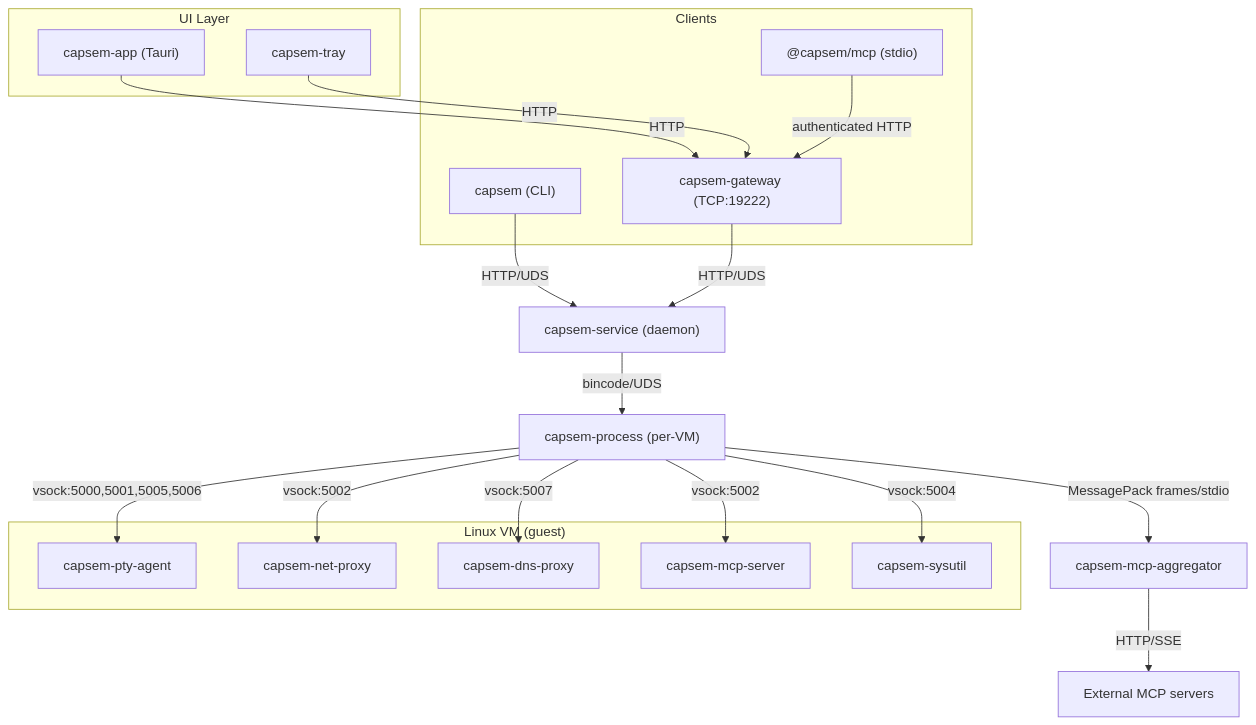
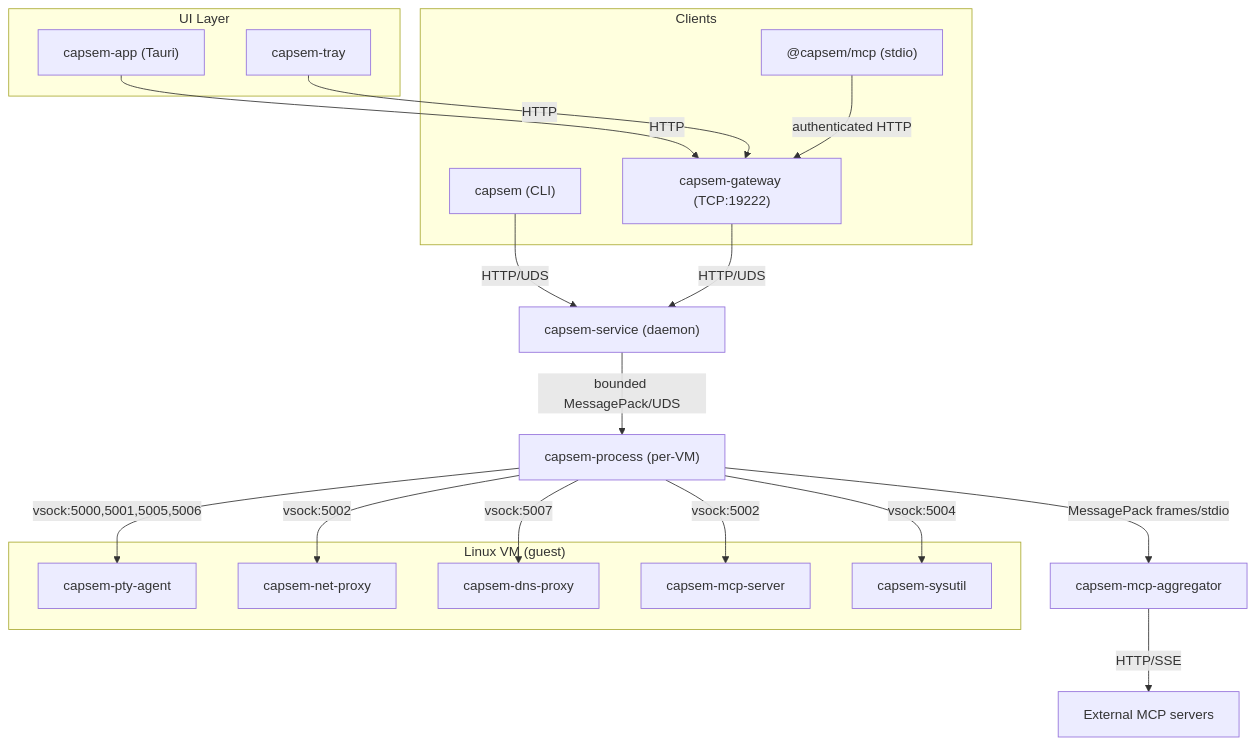
The diagram in web/docs/src/content/docs/architecture/service-architecture.md (google/capsem), drawn with Mermaid before and after one commit. The commit also changed other lines of this file and 23 other files, not shown here.

Commit message:
security(ipc): bound internal MessagePack framing

````diff
--- a/web/docs/src/content/docs/architecture/service-architecture.md
+++ b/web/docs/src/content/docs/architecture/service-architecture.md
@@ -45,41 +45,41 @@
 ```mermaid
 graph TD
     subgraph Clients
         CLI["capsem (CLI)"]
         MCP["@capsem/mcp (stdio)"]
         GW["capsem-gateway (TCP:19222)"]
     end
 
     subgraph "UI Layer"
         APP["capsem-app (Tauri)"]
         TRAY["capsem-tray"]
     end
 
     APP -->|HTTP| GW
     TRAY -->|HTTP| GW
 
     CLI -->|HTTP/UDS| SVC
     MCP -->|"authenticated HTTP"| GW
     GW -->|HTTP/UDS| SVC
 
     SVC["capsem-service (daemon)"]
 
-    SVC -->|"bincode/UDS"| PROC["capsem-process (per-VM)"]
+    SVC -->|"bounded MessagePack/UDS"| PROC["capsem-process (per-VM)"]
 
     PROC -->|"MessagePack frames/stdio"| AGG["capsem-mcp-aggregator"]
     AGG -->|"HTTP/SSE"| EXT["External MCP servers"]
 
     subgraph "Linux VM (guest)"
         AGENT["capsem-pty-agent"]
         NETPROXY["capsem-net-proxy"]
         DNSPROXY["capsem-dns-proxy"]
         MCPGW["capsem-mcp-server"]
         SYSUTIL["capsem-sysutil"]
     end
 
     PROC -->|"vsock:5000,5001,5005,5006"| AGENT
     PROC -->|"vsock:5002"| NETPROXY
     PROC -->|"vsock:5007"| DNSPROXY
     PROC -->|"vsock:5002"| MCPGW
     PROC -->|"vsock:5004"| SYSUTIL
 ```
````
